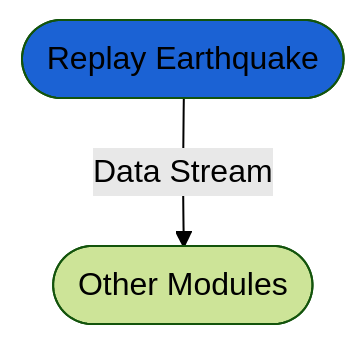
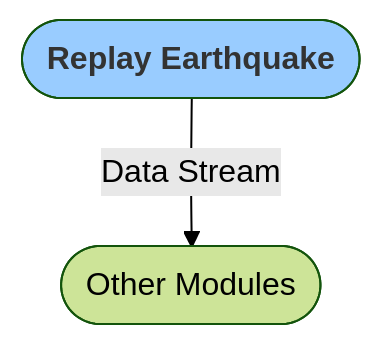
The diagram in docs/grillo-console/modules/testing modules/replay_earthquake.md (grillo/grillo-docs), drawn with Mermaid (forest theme) before and after one commit. The commit also changed 38 other files, not shown here.

````diff
--- a/docs/grillo-console/modules/testing modules/replay_earthquake.md
+++ b/docs/grillo-console/modules/testing modules/replay_earthquake.md
@@ -13,5 +13,5 @@
 ```mermaid
 flowchart TB
-   B([Replay Earthquake])-->|Data Stream| C([Other Modules])
-   style B fill:#1b62d4
+   B([<font color=333333><b>Replay Earthquake</b>])-->|Data Stream| C([Other Modules])
+   style B fill:#99CCFF
 ```
````
